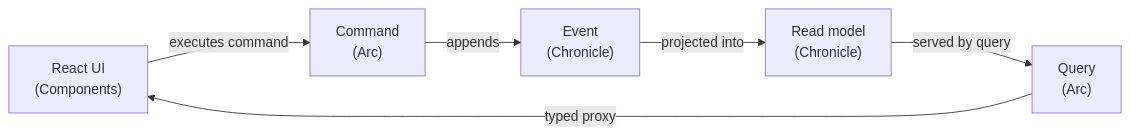
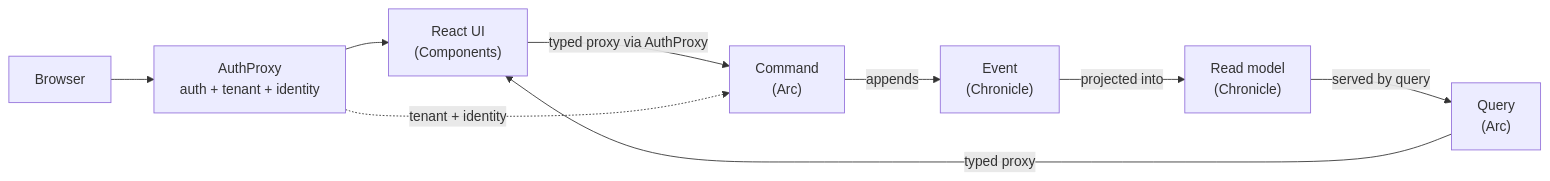
One commit to Cratis/Documentation changed the second of 2 diagrams in web/src/content/docs/why-cratis.mdx. Above: the diagram before and after it, drawn with Mermaid. The commit also changed other lines of this file and 21 other files, not shown here.

````diff
--- a/web/src/content/docs/why-cratis.mdx
+++ b/web/src/content/docs/why-cratis.mdx
@@ -62,8 +162,11 @@
 ```mermaid
 flowchart LR
-    UI["React UI<br/>(Components)"] -->|executes command| CMD["Command<br/>(Arc)"]
+    User["Browser"] --> AP["AuthProxy<br/>auth + tenant + identity"]
+    AP --> UI["React UI<br/>(Components)"]
+    UI -->|typed proxy via AuthProxy| CMD["Command<br/>(Arc)"]
+    AP -.->|tenant + identity| CMD
     CMD -->|appends| EV["Event<br/>(Chronicle)"]
     EV -->|projected into| RM["Read model<br/>(Chronicle)"]
     RM -->|served by query| Q["Query<br/>(Arc)"]
     Q -->|typed proxy| UI
 ```
````
